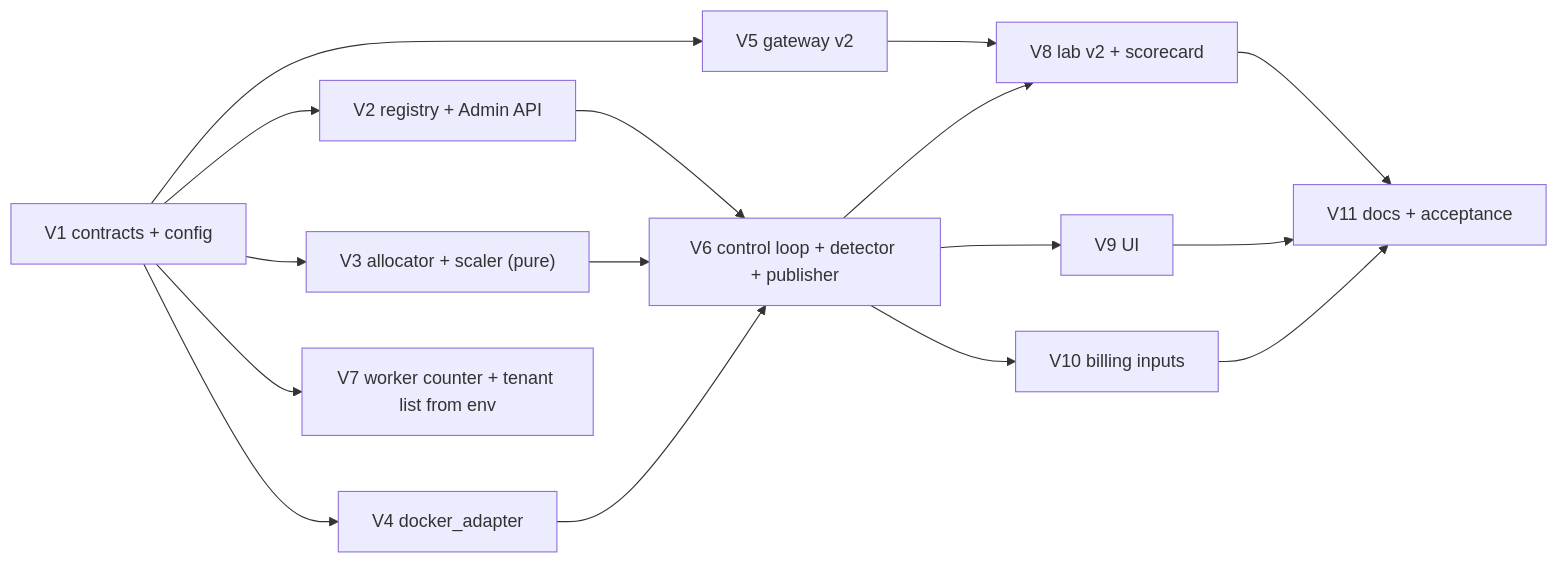
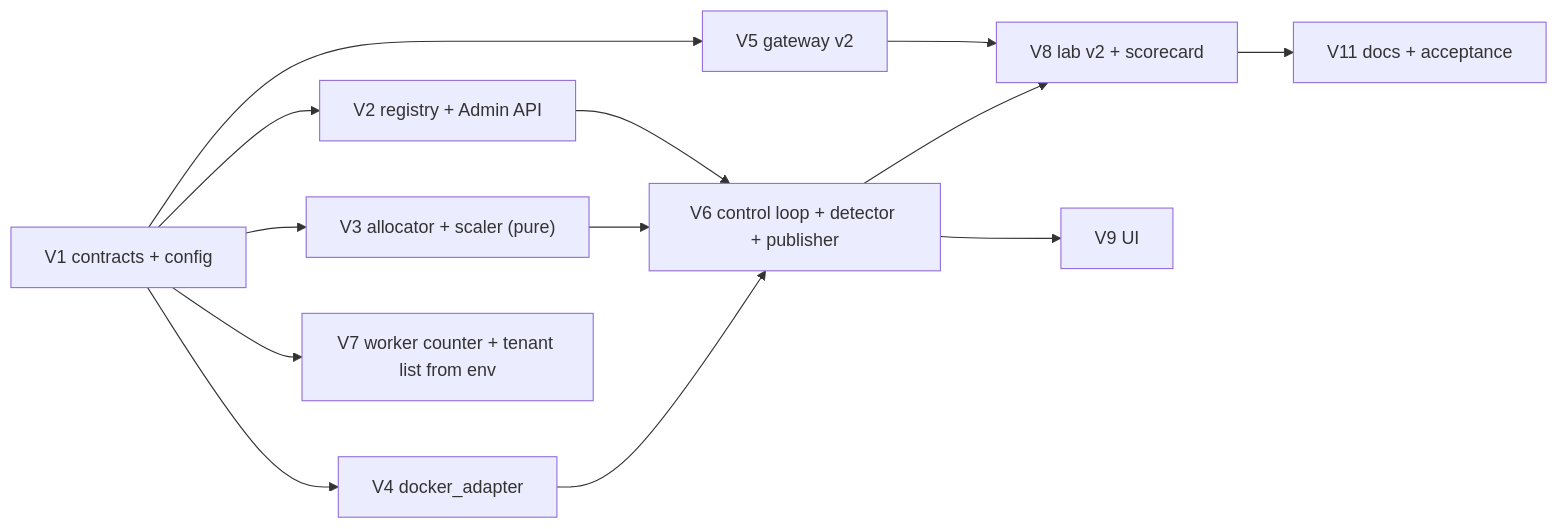
Before and after one commit to yashodeepchaudhari/tenantguard: diagram 21 of 21 in docs/v2/06_DIAGRAMS.md, drawn with Mermaid. The commit also changed other lines of this file and 10 other files, not shown here.

````diff
--- a/docs/v2/06_DIAGRAMS.md
+++ b/docs/v2/06_DIAGRAMS.md
@@ -502,14 +499,12 @@
 ```mermaid
 flowchart LR
   V1["V1 contracts + config"] --> V2["V2 registry + Admin API"]
   V1 --> V3["V3 allocator + scaler (pure)"]
   V1 --> V4["V4 docker_adapter"]
   V1 --> V5["V5 gateway v2"]
   V1 --> V7["V7 worker counter + tenant list from env"]
   V2 & V3 & V4 --> V6["V6 control loop + detector + publisher"]
   V5 & V6 --> V8["V8 lab v2 + scorecard"]
   V6 --> V9["V9 UI"]
-  V6 --> V10["V10 billing inputs"]
   V8 --> V11["V11 docs + acceptance"]
-  V9 & V10 --> V11
 ```
````
